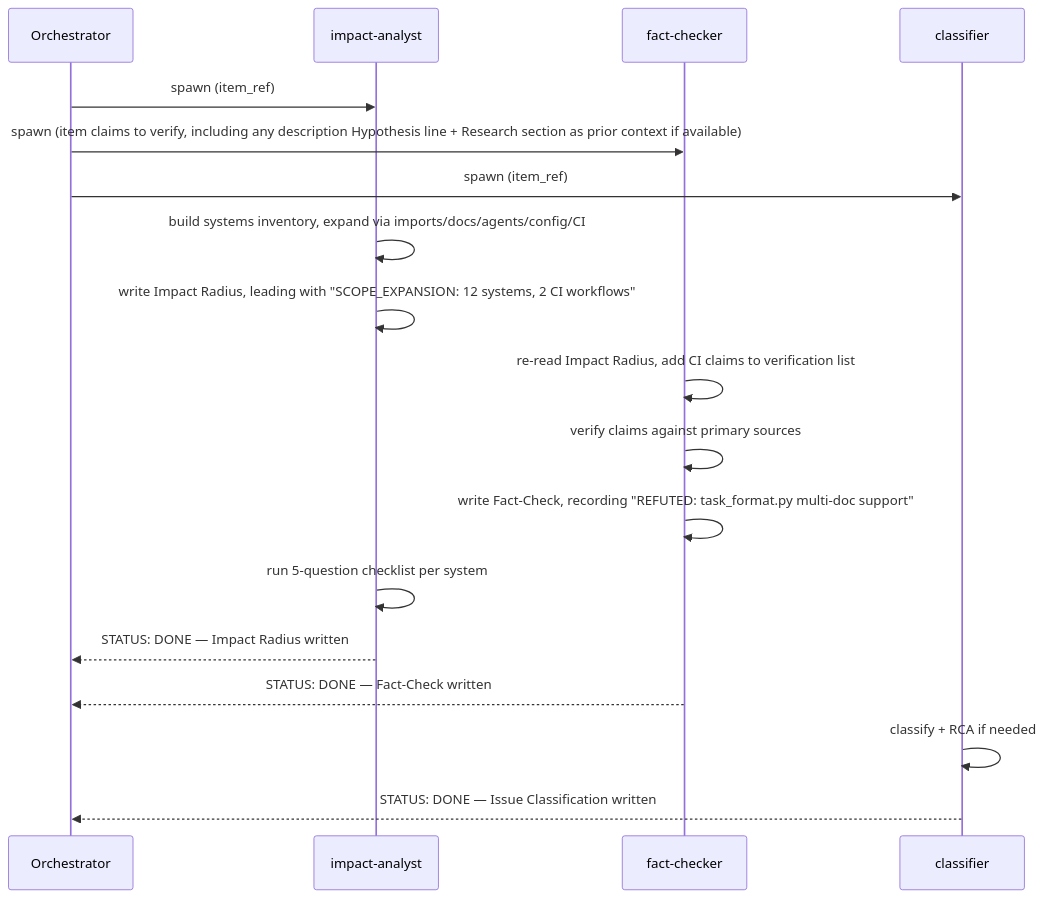
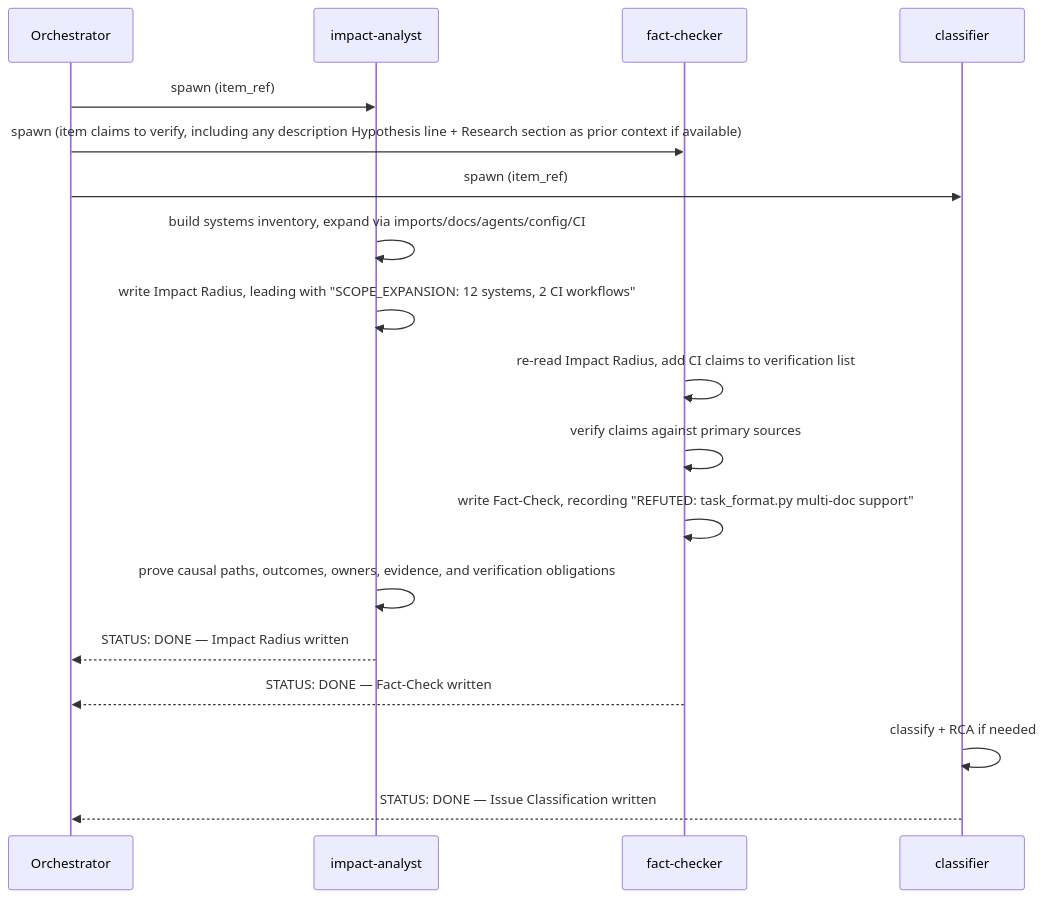
One commit to Jamie-BitFlight/claude_skills changed the first of 3 diagrams in plugins/development-harness/skills/work-backlog-item/references/workflows/groom/swarm.md. Above: the diagram before and after it, drawn with Mermaid. The commit also changed other lines of this file and 11 other files, not shown here.

````diff
--- a/plugins/development-harness/skills/work-backlog-item/references/workflows/groom/swarm.md
+++ b/plugins/development-harness/skills/work-backlog-item/references/workflows/groom/swarm.md
@@ -69,25 +69,25 @@
 ```mermaid
 sequenceDiagram
     participant O as Orchestrator
     participant IA as impact-analyst
     participant FC as fact-checker
     participant CL as classifier
 
     O->>IA: spawn (item_ref)
     O->>FC: spawn (item claims to verify, including any description Hypothesis line + Research section as prior context if available)
     O->>CL: spawn (item_ref)
 
     IA->>IA: build systems inventory, expand via imports/docs/agents/config/CI
     IA->>IA: write Impact Radius, leading with "SCOPE_EXPANSION: 12 systems, 2 CI workflows"
     FC->>FC: re-read Impact Radius, add CI claims to verification list
 
     FC->>FC: verify claims against primary sources
     FC->>FC: write Fact-Check, recording "REFUTED: task_format.py multi-doc support"
 
-    IA->>IA: run 5-question checklist per system
+    IA->>IA: prove causal paths, outcomes, owners, evidence, and verification obligations
     IA-->>O: STATUS: DONE — Impact Radius written
     FC-->>O: STATUS: DONE — Fact-Check written
 
     CL->>CL: classify + RCA if needed
     CL-->>O: STATUS: DONE — Issue Classification written
 ```
````
